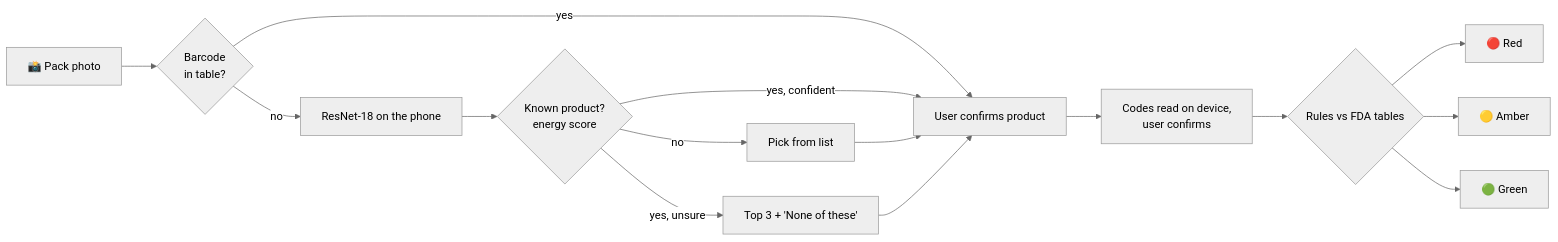
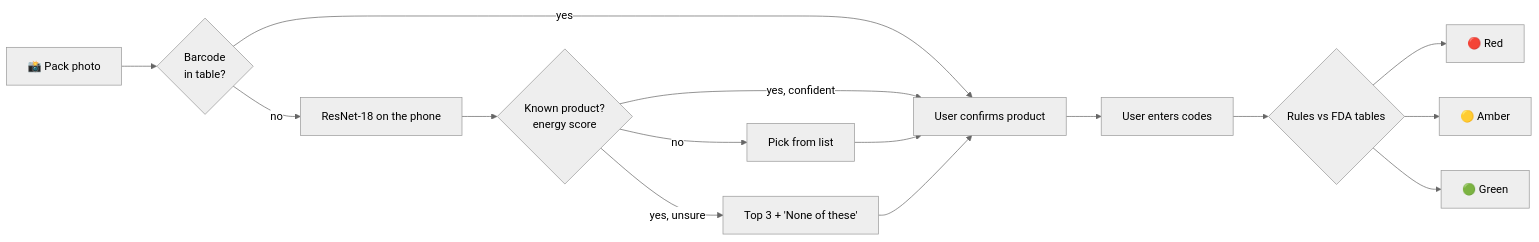
One commit to Rellebruhh/SureCure changed the diagram in README.md. Above: the diagram before and after it, drawn with Mermaid (neutral theme). The commit also changed other lines of this file, not shown here.

Commit message:
README: codes are typed next to the code-panel photo

````diff
--- a/README.md
+++ b/README.md
@@ -79,17 +79,17 @@
 ```mermaid
 flowchart LR
     A[📸 Pack photo] --> B{Barcode<br/>in table?}
     B -- yes --> D[User confirms product]
     B -- no --> C[ResNet-18 on the phone]
     C --> G{Known product?<br/>energy score}
     G -- no --> L[Pick from list]
     G -- yes, unsure --> T[Top 3 + 'None of these']
     G -- yes, confident --> D
     L --> D
     T --> D
-    D --> E[Codes read on device,<br/>user confirms]
+    D --> E[User enters codes]
     E --> R{Rules vs FDA tables}
     R --> V1[🔴 Red]
     R --> V2[🟡 Amber]
     R --> V3[🟢 Green]
 ```
````
